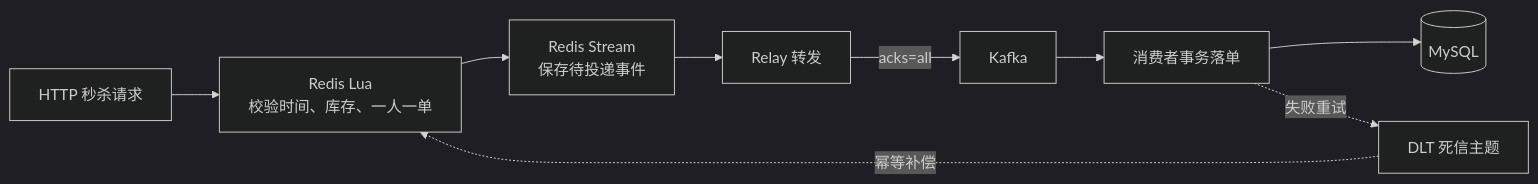
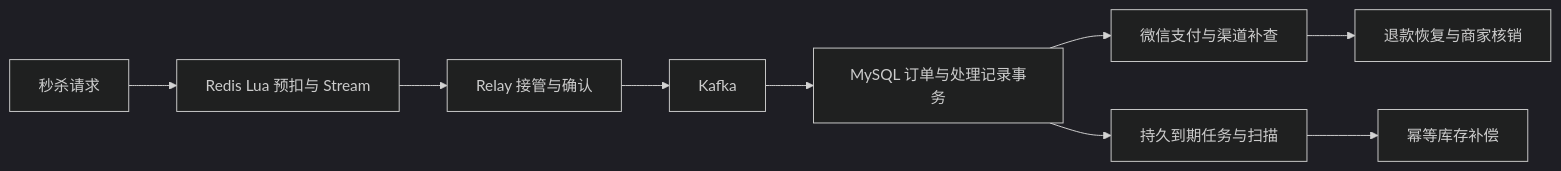
Before and after one commit to handsomeme1688-web/neighbor-life: the diagram in README.md, drawn with Mermaid (dark theme). The commit also changed other lines of this file and 202 other files, not shown here.

````diff
--- a/README.md
+++ b/README.md
@@ -42,11 +24,11 @@
 ```mermaid
 flowchart LR
-    A[HTTP 秒杀请求] --> B[Redis Lua<br/>校验时间、库存、一人一单]
-    B --> C[Redis Stream<br/>保存待投递事件]
-    C --> D[Relay 转发]
-    D -->|acks=all| E[Kafka]
-    E --> F[消费者事务落单]
-    F --> G[(MySQL)]
-    F -. 失败重试 .-> H[DLT 死信主题]
-    H -. 幂等补偿 .-> B
+    A[秒杀请求] --> B[Redis Lua 预扣与 Stream]
+    B --> C[Relay 接管与确认]
+    C --> D[Kafka]
+    D --> E[MySQL 订单与处理记录事务]
+    E --> F[微信支付与渠道补查]
+    E --> G[持久到期任务与扫描]
+    F --> H[退款恢复与商家核销]
+    G --> I[幂等库存补偿]
 ```
````
